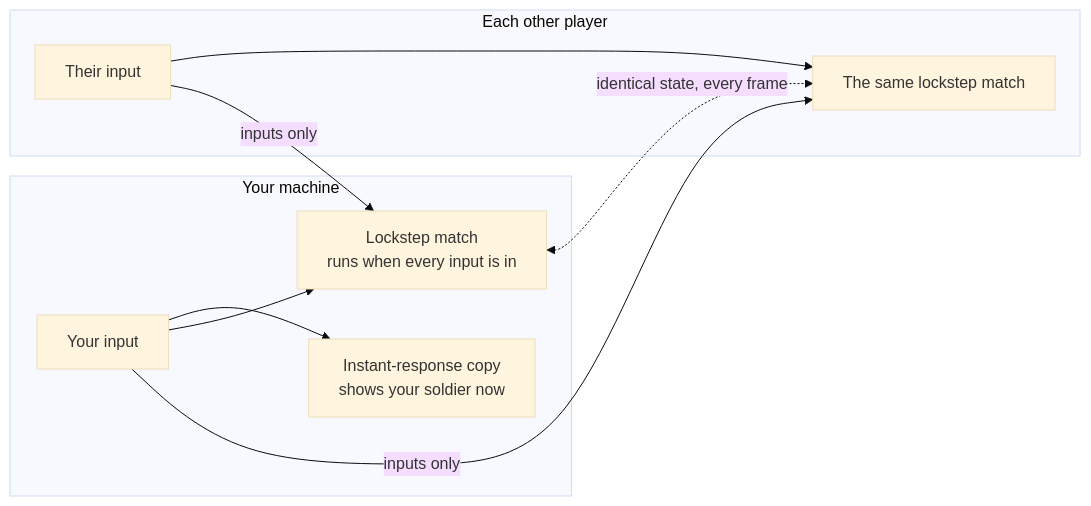
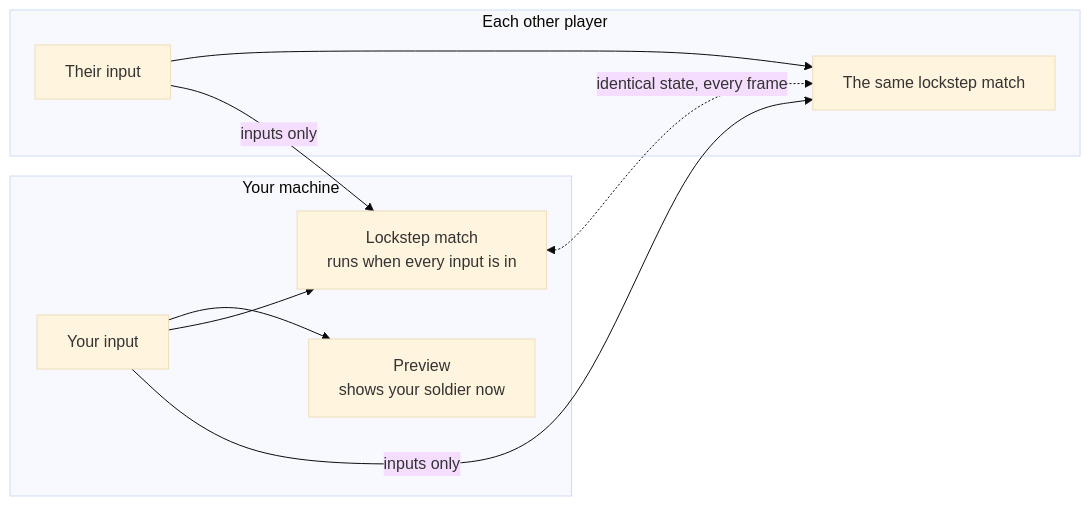
One commit to Madreag/cortex-modern changed the first of 2 diagrams in README.md. Above: the diagram before and after it, drawn with Mermaid (base theme). The commit also changed other lines of this file and 16 other files, not shown here.

````diff
--- a/README.md
+++ b/README.md
@@ -130,13 +123,13 @@
 ```mermaid
 flowchart LR
     subgraph You["Your machine"]
-        I[Your input] --> IRC[Instant-response copy<br/>shows your soldier now]
+        I[Your input] --> IRC[Preview<br/>shows your soldier now]
         I --> L[Lockstep match<br/>runs when every input is in]
     end
     subgraph Them["Each other player"]
         TI[Their input] --> TL[The same lockstep match]
     end
     I -- inputs only --> TL
     TI -- inputs only --> L
     L <-. identical state, every frame .-> TL
 ```
````
